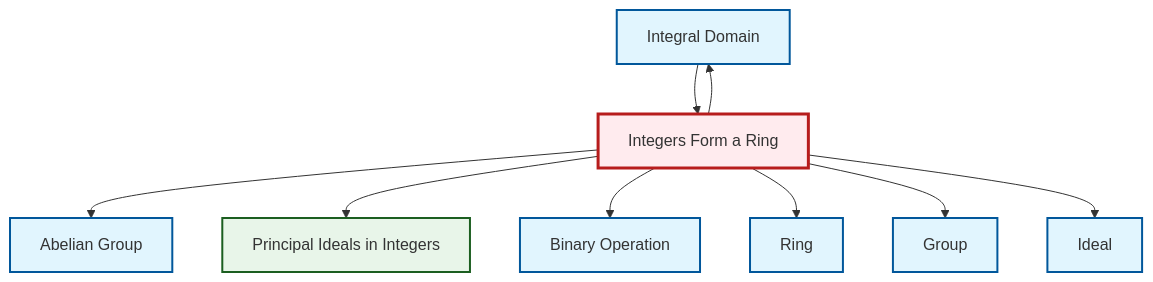
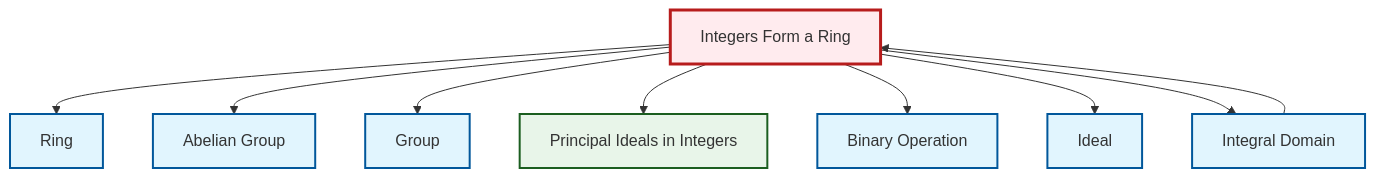
The diagram in output/mermaid/en/ex-integers-ring.mermaid (RK0429/ModernMath), drawn with Mermaid before and after one commit. The commit also changed other lines of this file and 1714 other files, not shown here.

```diff
--- a/output/mermaid/en/ex-integers-ring.mermaid
+++ b/output/mermaid/en/ex-integers-ring.mermaid
@@ -1,23 +1,23 @@
 graph TD
     classDef definition fill:#e1f5fe,stroke:#01579b,stroke-width:2px
     classDef theorem fill:#f3e5f5,stroke:#4a148c,stroke-width:2px
     classDef axiom fill:#fff3e0,stroke:#e65100,stroke-width:2px
     classDef example fill:#e8f5e9,stroke:#1b5e20,stroke-width:2px
     classDef current fill:#ffebee,stroke:#b71c1c,stroke-width:3px
-    def-ideal["Ideal"]:::definition
-    ex-principal-ideal["Principal Ideals in Integers"]:::example
-    def-integral-domain["Integral Domain"]:::definition
     def-abelian-group["Abelian Group"]:::definition
     ex-integers-ring["Integers Form a Ring"]:::example
+    def-ideal["Ideal"]:::definition
+    def-integral-domain["Integral Domain"]:::definition
+    def-binary-operation["Binary Operation"]:::definition
+    ex-principal-ideal["Principal Ideals in Integers"]:::example
+    def-ring["Ring"]:::definition
     def-group["Group"]:::definition
-    def-binary-operation["Binary Operation"]:::definition
-    def-ring["Ring"]:::definition
+    ex-integers-ring --> def-ring
+    def-integral-domain --> ex-integers-ring
     ex-integers-ring --> def-abelian-group
-    def-integral-domain --> ex-integers-ring
+    ex-integers-ring --> def-group
     ex-integers-ring --> ex-principal-ideal
     ex-integers-ring --> def-binary-operation
-    ex-integers-ring --> def-ring
+    ex-integers-ring --> def-ideal
     ex-integers-ring --> def-integral-domain
-    ex-integers-ring --> def-group
-    ex-integers-ring --> def-ideal
     class ex-integers-ring current
```
